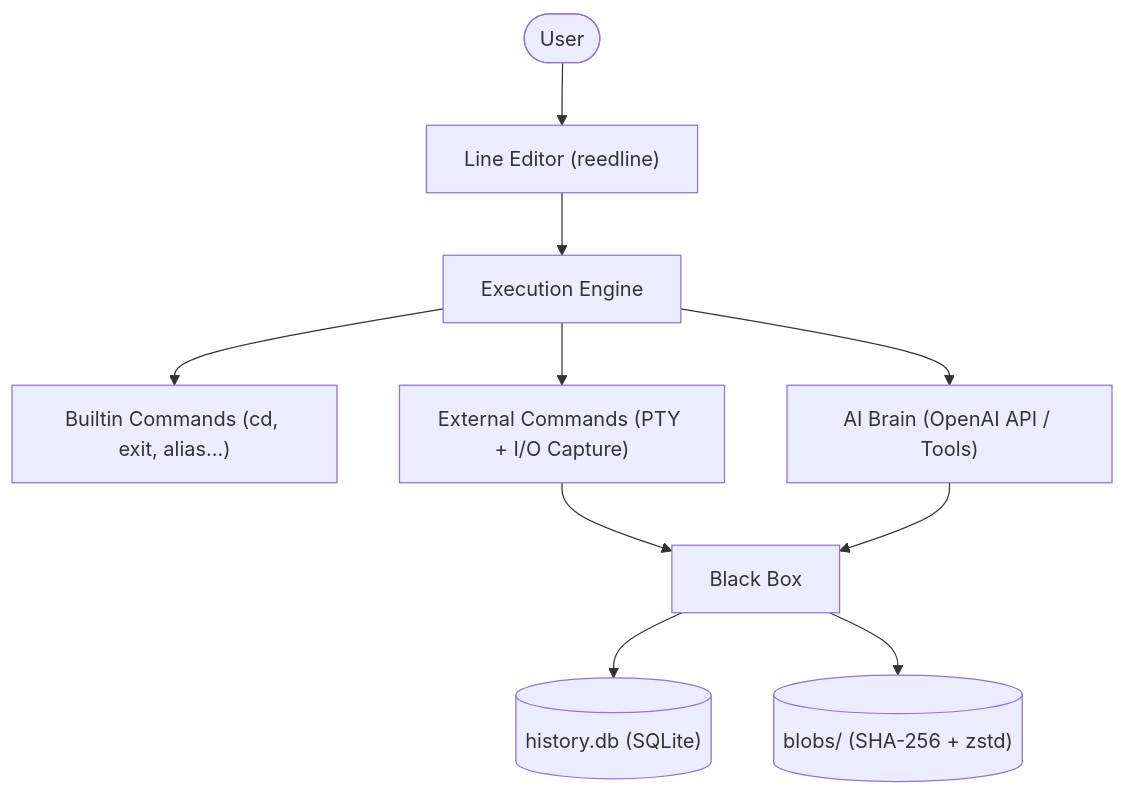
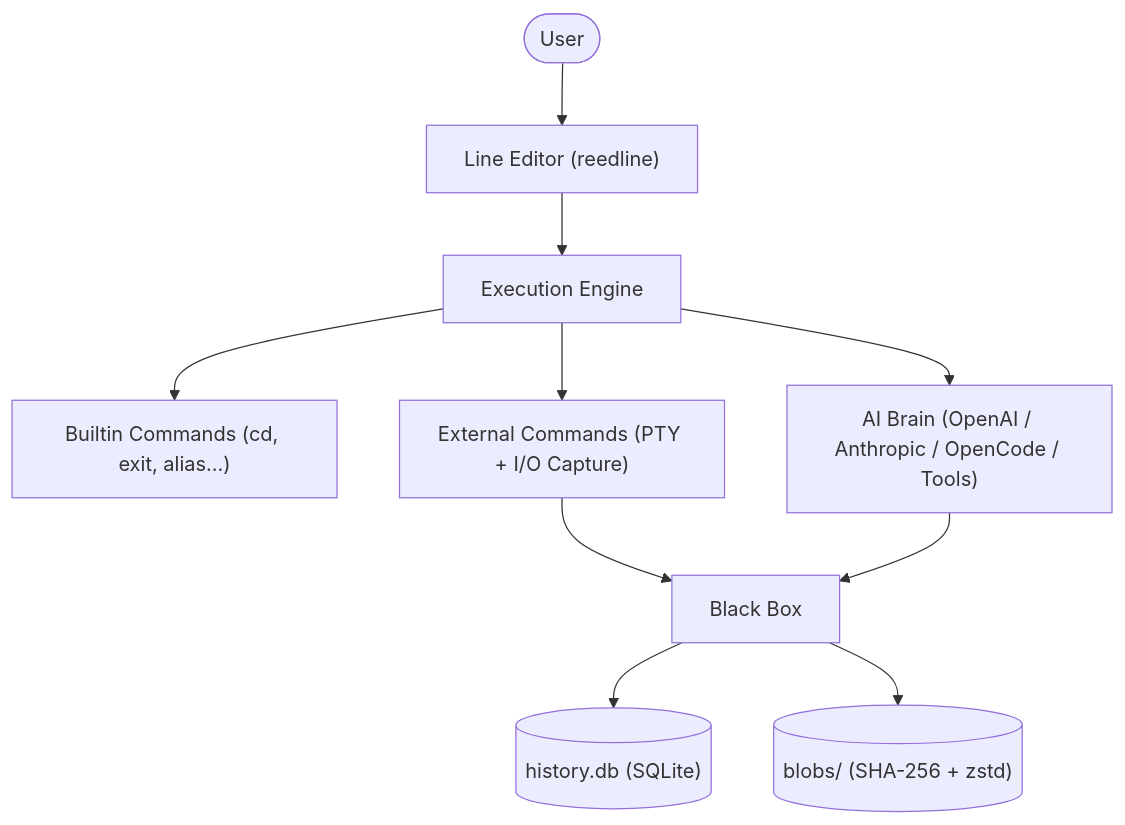
One commit to tominaga-h/jarvis-shell changed the diagram in README.md. Above: the diagram before and after it, drawn with Mermaid. The commit also changed other lines of this file and 10 other files, not shown here.

First line of the commit message:
feat: OpenCode Zen / Go サポートを追加

````diff
--- a/README.md
+++ b/README.md
@@ -344,12 +345,12 @@
 ```mermaid
 graph TB
     User(["User"]) --> A["Line Editor (reedline)"]
     A --> B["Execution Engine"]
     B --> B1["Builtin Commands (cd, exit, alias...)"]
     B --> B2["External Commands (PTY + I/O Capture)"]
-    B --> D["AI Brain (OpenAI API / Tools)"]
+    B --> D["AI Brain (OpenAI / Anthropic / OpenCode / Tools)"]
     B2 --> C["Black Box"]
     D --> C
     C --> C1[("history.db (SQLite)")]
     C --> C2[("blobs/ (SHA-256 + zstd)")]
 ```
````
